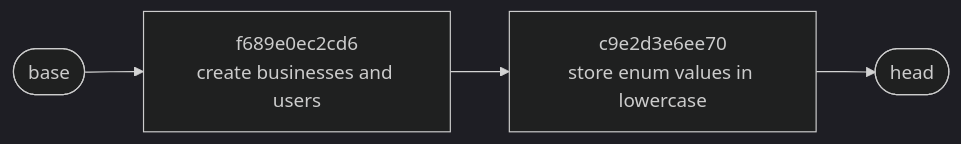
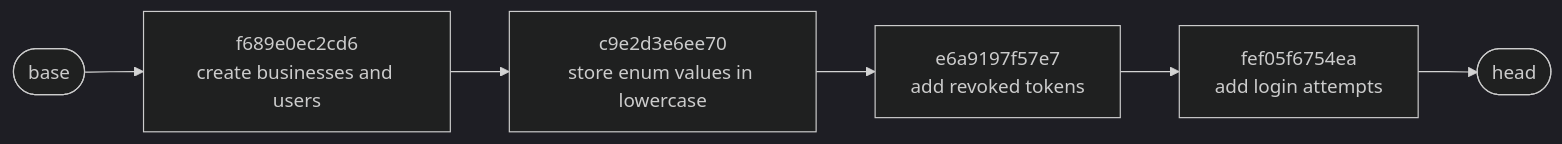
One commit to AGA-Studio/Member-Web changed the sixth of 6 diagrams in docs/MIGRATIONS.md. Above: the diagram before and after it, drawn with Mermaid (dark theme). The commit also changed other lines of this file, not shown here.

Commit message:
docs: registrar migraciones de tokens e intentos de login

````diff
--- a/docs/MIGRATIONS.md
+++ b/docs/MIGRATIONS.md
@@ -198,6 +200,8 @@
 ```mermaid
 flowchart LR
     BASE(["base"]) --> R1["f689e0ec2cd6<br/>create businesses and users"]
     R1 --> R2["c9e2d3e6ee70<br/>store enum values in lowercase"]
-    R2 --> HEAD(["head"])
+    R2 --> R3["e6a9197f57e7<br/>add revoked tokens"]
+    R3 --> R4["fef05f6754ea<br/>add login attempts"]
+    R4 --> HEAD(["head"])
 ```
````
